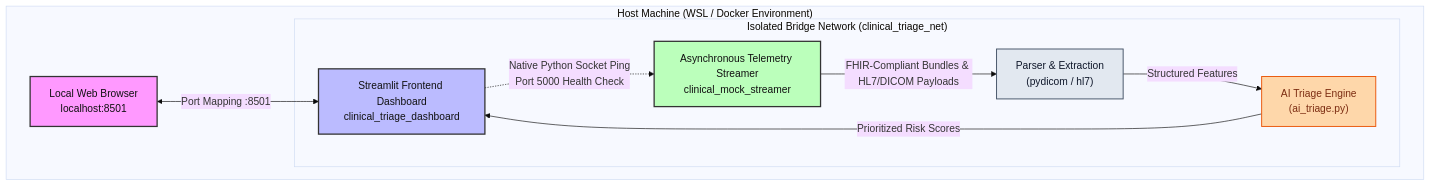
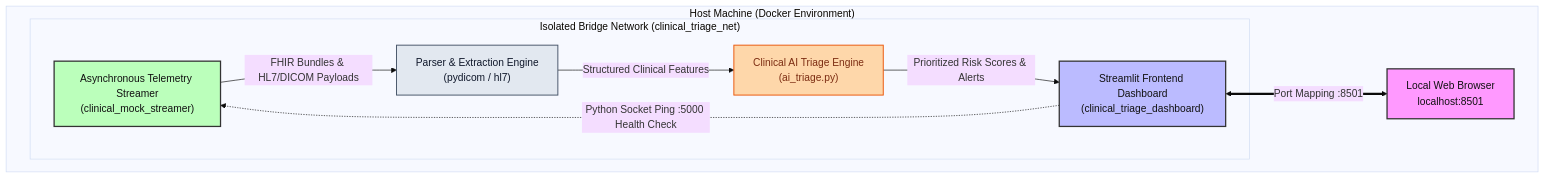
One commit to dammyoguntuyi-ui/Clinical-AI-Triage-Pipeline changed the diagram in README.md. Above: the diagram before and after it, drawn with Mermaid (base theme).

Commit message:
docs: adjust architecture layout to vertical flow

````diff
--- a/README.md
+++ b/README.md
@@ -37,23 +37,26 @@
 ```mermaid
-graph TD
-    subgraph Host["Host Machine (WSL / Docker Environment)"]
-        Browser["Local Web Browser<br/>localhost:8501"] <-->|"Port Mapping :8501"| Dashboard
+flowchart TD
+    subgraph Host["Host Machine (Docker Environment)"]
+        Browser["Local Web Browser<br/>localhost:8501"]
         
         subgraph Bridge["Isolated Bridge Network (clinical_triage_net)"]
-            Streamer["Asynchronous Telemetry Streamer<br/>clinical_mock_streamer"]
-            Dashboard["Streamlit Frontend Dashboard<br/>clinical_triage_dashboard"]
+            Streamer["Asynchronous Telemetry Streamer<br/>(clinical_mock_streamer)"]
+            Parser["Parser & Extraction Engine<br/>(pydicom / hl7)"]
+            Engine["Clinical AI Triage Engine<br/>(ai_triage.py)"]
+            Dashboard["Streamlit Frontend Dashboard<br/>(clinical_triage_dashboard)"]
             
-            Streamer -->|"FHIR-Compliant Bundles & HL7/DICOM Payloads"| Parser["Parser & Extraction<br/>(pydicom / hl7)"]
-            Parser -->|"Structured Features"| Engine["AI Triage Engine<br/>(ai_triage.py)"]
-            Engine -->|"Prioritized Risk Scores"| Dashboard
-            
-            Dashboard -.->|"Native Python Socket Ping<br/>Port 5000 Health Check"| Streamer
+            Streamer -->|"FHIR Bundles & HL7/DICOM Payloads"| Parser
+            Parser -->|"Structured Clinical Features"| Engine
+            Engine -->|"Prioritized Risk Scores & Alerts"| Dashboard
+            Dashboard -.->|"Python Socket Ping :5000 Health Check"| Streamer
         end
+        
+        Dashboard <==>|"Port Mapping :8501"| Browser
     end
 
     style Browser fill:#f9f,stroke:#333,stroke-width:2px,color:#111
     style Dashboard fill:#bbf,stroke:#333,stroke-width:2px,color:#111
     style Streamer fill:#bfb,stroke:#333,stroke-width:2px,color:#111
     style Parser fill:#e2e8f0,stroke:#475569,stroke-width:1.5px,color:#0f172a
     style Engine fill:#fed7aa,stroke:#ea580c,stroke-width:1.5px,color:#7c2d12
 ```
````
